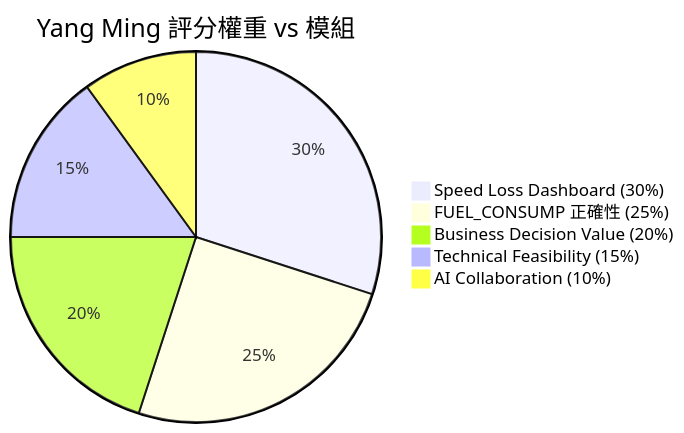
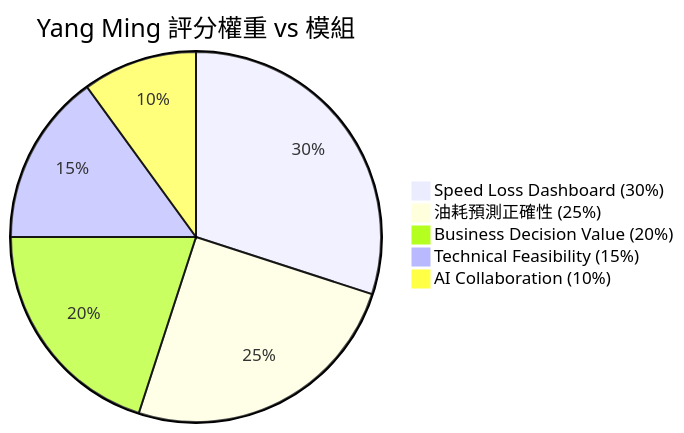
Before and after one commit to wsx5031060310guy/fleetmind-yang-ming-hackathon: the eighth of 10 diagrams in ai-context/ARCHITECTURE_DIAGRAM.md, drawn with Mermaid. The commit also changed other lines of this file, not shown here.

Commit message:
fix: address Codex review — correct region to us-east-1, rename 25% score label to 油耗預測正確性

````diff
--- a/ai-context/ARCHITECTURE_DIAGRAM.md
+++ b/ai-context/ARCHITECTURE_DIAGRAM.md
@@ -369,8 +369,8 @@
 ```mermaid
 pie title Yang Ming 評分權重 vs 模組
     "Speed Loss Dashboard (30%)" : 30
-    "FUEL_CONSUMP 正確性 (25%)" : 25
+    "油耗預測正確性 (25%)" : 25
     "Business Decision Value (20%)" : 20
     "Technical Feasibility (15%)" : 15
     "AI Collaboration (10%)" : 10
 ```
````
